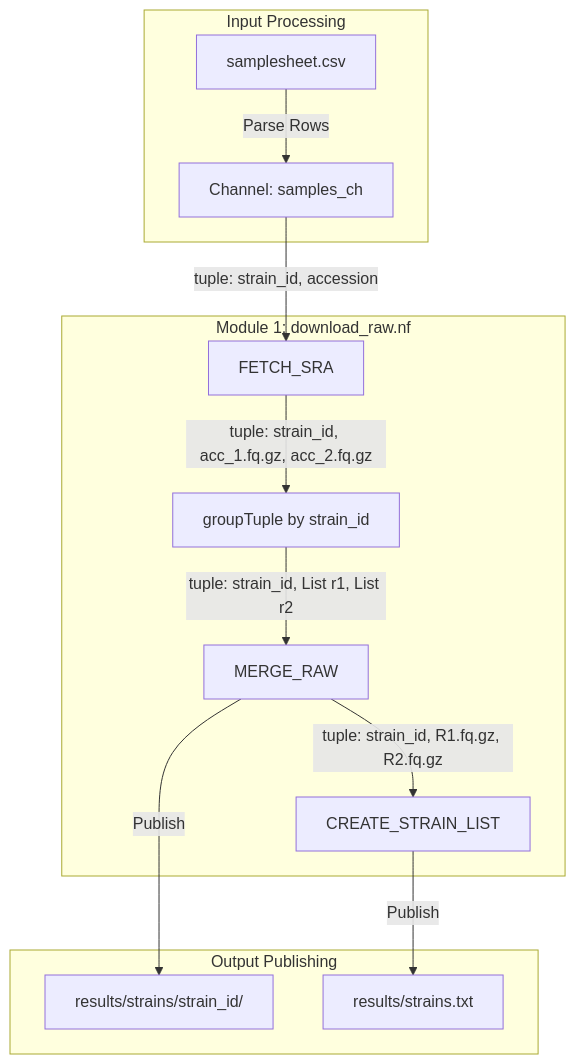
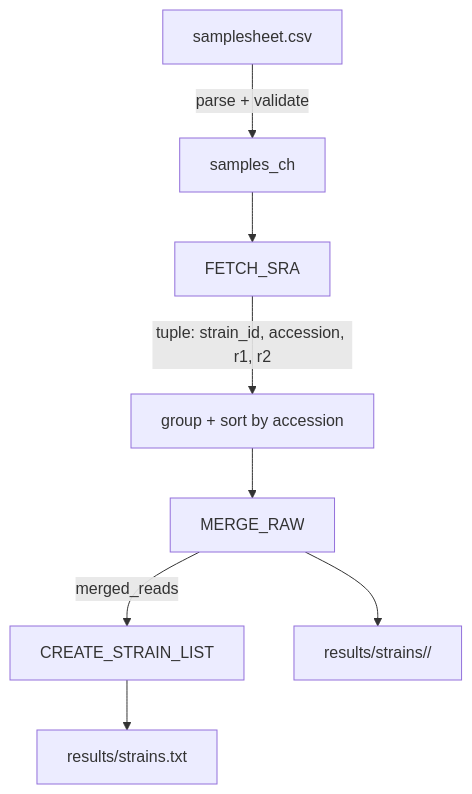
One commit to hanzala-14/saccharomyces-genomics-pipeline changed the diagram in docs/MODULE_1_DATA_ACQUISITION.md. Above: the diagram before and after it, drawn with Mermaid. The commit also changed other lines of this file and 3 other files, not shown here.

````diff
--- a/docs/MODULE_1_DATA_ACQUISITION.md
+++ b/docs/MODULE_1_DATA_ACQUISITION.md
@@ -25,19 +28,10 @@
 ```mermaid
 flowchart TD
-    subgraph Input Processing
-        A[samplesheet.csv] -->|Parse Rows| B[Channel: samples_ch]
-    end
-
-    subgraph Module 1: download_raw.nf
-        B -->|tuple: strain_id, accession| C[FETCH_SRA]
-        C -->|tuple: strain_id, acc_1.fq.gz, acc_2.fq.gz| D[groupTuple by strain_id]
-        D -->|tuple: strain_id, List r1, List r2| E[MERGE_RAW]
-        E -->|tuple: strain_id, R1.fq.gz, R2.fq.gz| F[CREATE_STRAIN_LIST]
-    end
-
-    subgraph Output Publishing
-        E -->|Publish| G[results/strains/strain_id/]
-        F -->|Publish| H[results/strains.txt]
-    end
-
+    A[samplesheet.csv] -->|parse + validate| B[samples_ch]
+    B --> C[FETCH_SRA]
+    C -->|tuple: strain_id, accession, r1, r2| D[group + sort by accession]
+    D --> E[MERGE_RAW]
+    E -->|merged_reads| F[CREATE_STRAIN_LIST]
+    E --> G[results/strains/<strain_id>/]
+    F --> H[results/strains.txt]
 ```
````
